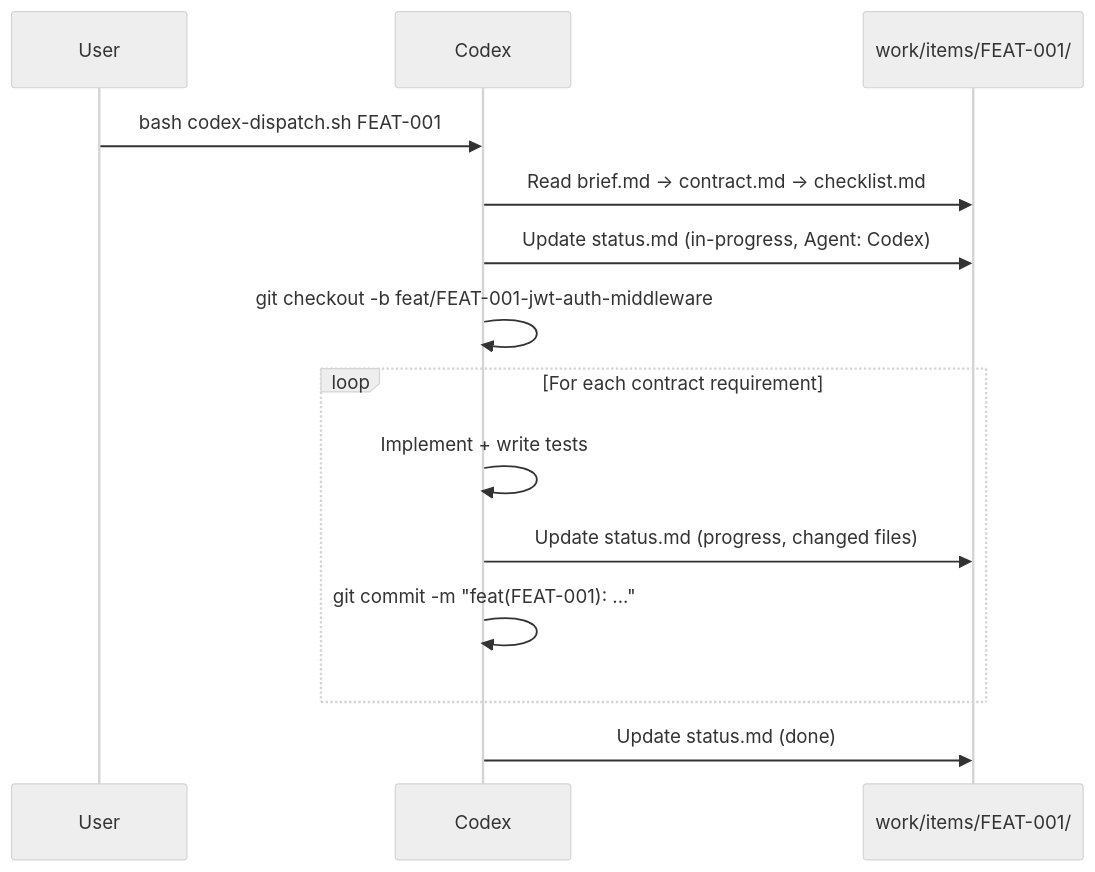
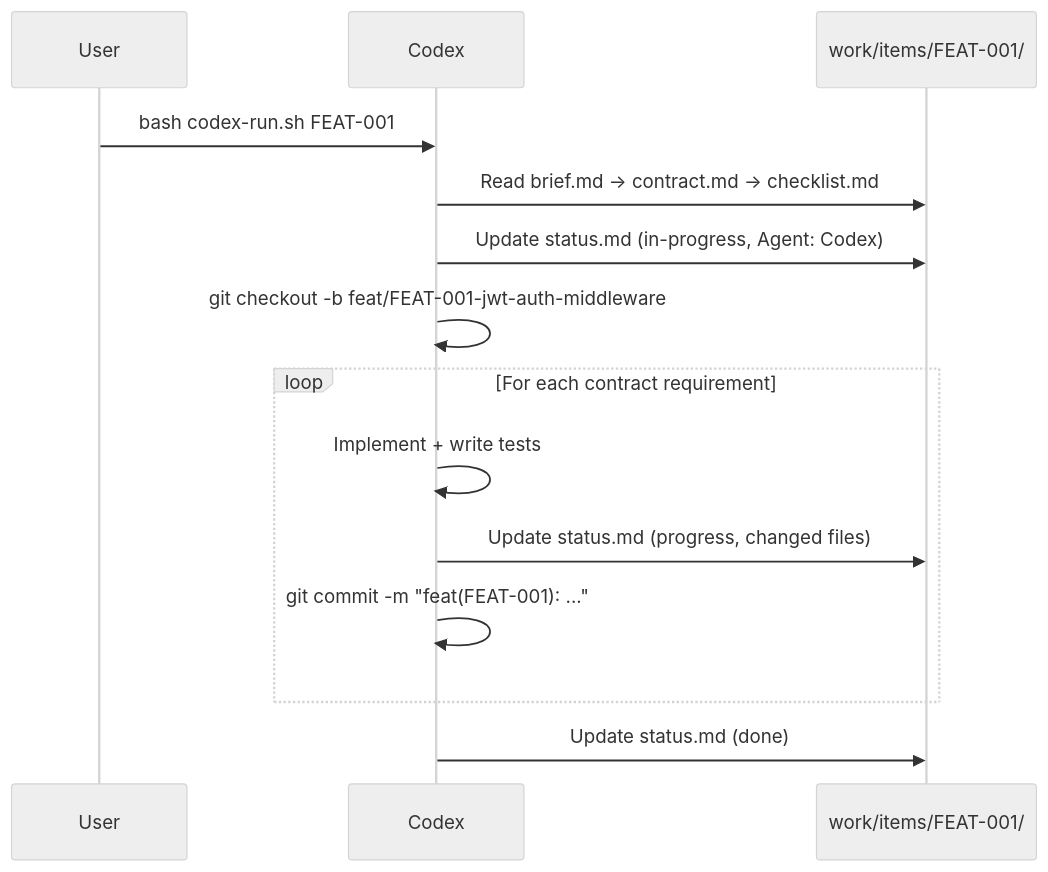
Before and after one commit to aanna0701/claude-useful-instructions: the second of 3 diagrams in docs/collab-workflow.md, drawn with Mermaid (neutral theme). The commit also changed other lines of this file and 8 other files, not shown here.

First line of the commit message:
refactor: rename codex-dispatch.sh to codex-run.sh

````diff
--- a/docs/collab-workflow.md
+++ b/docs/collab-workflow.md
@@ -300,19 +300,19 @@
 ```mermaid
 sequenceDiagram
     participant U as User
     participant X as Codex
     participant W as work/items/FEAT-001/
 
-    U->>X: bash codex-dispatch.sh FEAT-001
+    U->>X: bash codex-run.sh FEAT-001
     X->>W: Read brief.md → contract.md → checklist.md
     X->>W: Update status.md (in-progress, Agent: Codex)
     X->>X: git checkout -b feat/FEAT-001-jwt-auth-middleware
 
     loop For each contract requirement
         X->>X: Implement + write tests
         X->>W: Update status.md (progress, changed files)
         X->>X: git commit -m "feat(FEAT-001): ..."
     end
 
     X->>W: Update status.md (done)
 ```
````
